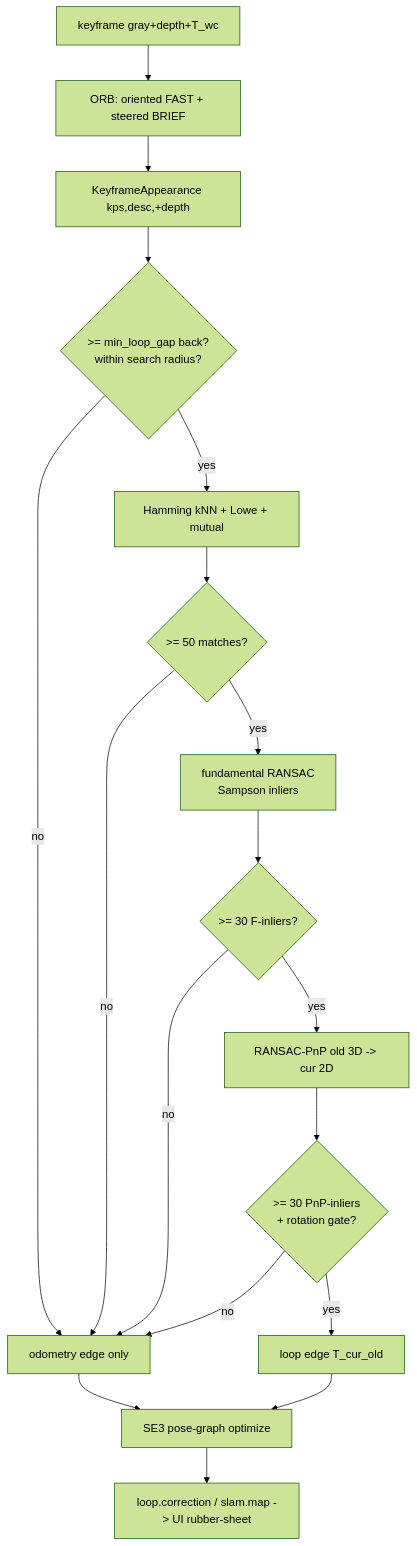
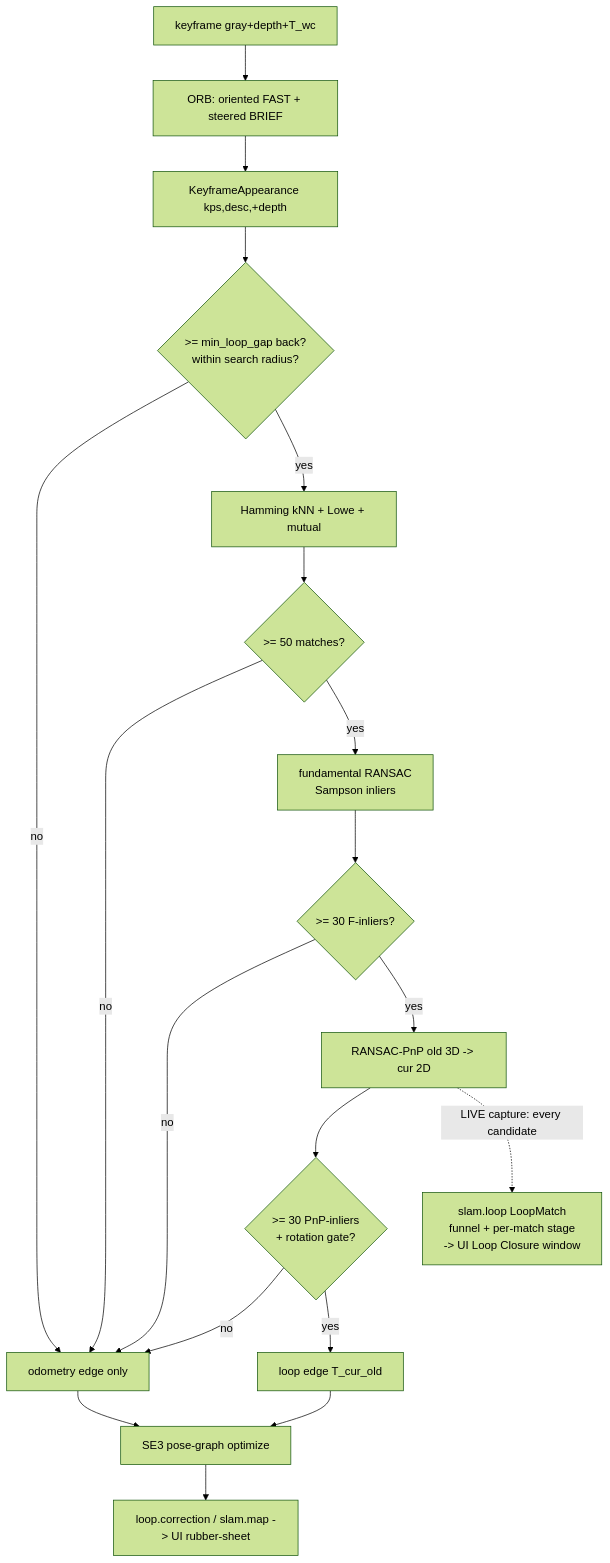
The fifth of 6 diagrams in docs/ALGORITHMS.md (hqbao/flight-vio), drawn with Mermaid (forest theme) before and after one commit. The commit also changed other lines of this file and 46 other files, not shown here.

First line of the commit message:
feat(viz): ORB loop-closure window (ALGORITHMS #1) -- see WHY a loop fires

````diff
--- a/docs/ALGORITHMS.md
+++ b/docs/ALGORITHMS.md
@@ -847,20 +850,21 @@
 ```mermaid
 flowchart TD
   KF[keyframe gray+depth+T_wc] --> ORB[ORB: oriented FAST + steered BRIEF]
   ORB --> APP[KeyframeAppearance kps,desc,+depth]
   APP --> GAP{>= min_loop_gap back?<br/>within search radius?}
   GAP -- no --> EDGE0[odometry edge only]
   GAP -- yes --> MATCH[Hamming kNN + Lowe + mutual]
   MATCH --> FCHK{>= 50 matches?}
   FCHK -- no --> EDGE0
   FCHK -- yes --> FRANSAC[fundamental RANSAC<br/>Sampson inliers]
   FRANSAC --> FIN{>= 30 F-inliers?}
   FIN -- no --> EDGE0
   FIN -- yes --> PNP[RANSAC-PnP old 3D -> cur 2D]
   PNP --> PIN{>= 30 PnP-inliers<br/>+ rotation gate?}
   PIN -- no --> EDGE0
   PIN -- yes --> LEDGE[loop edge T_cur_old]
   EDGE0 --> PGO[SE3 pose-graph optimize]
   LEDGE --> PGO
   PGO --> CORR[loop.correction / slam.map -> UI rubber-sheet]
+  PNP -. "LIVE capture: every candidate" .-> LOOPVIZ[slam.loop LoopMatch<br/>funnel + per-match stage<br/>-> UI Loop Closure window]
 ```
````
